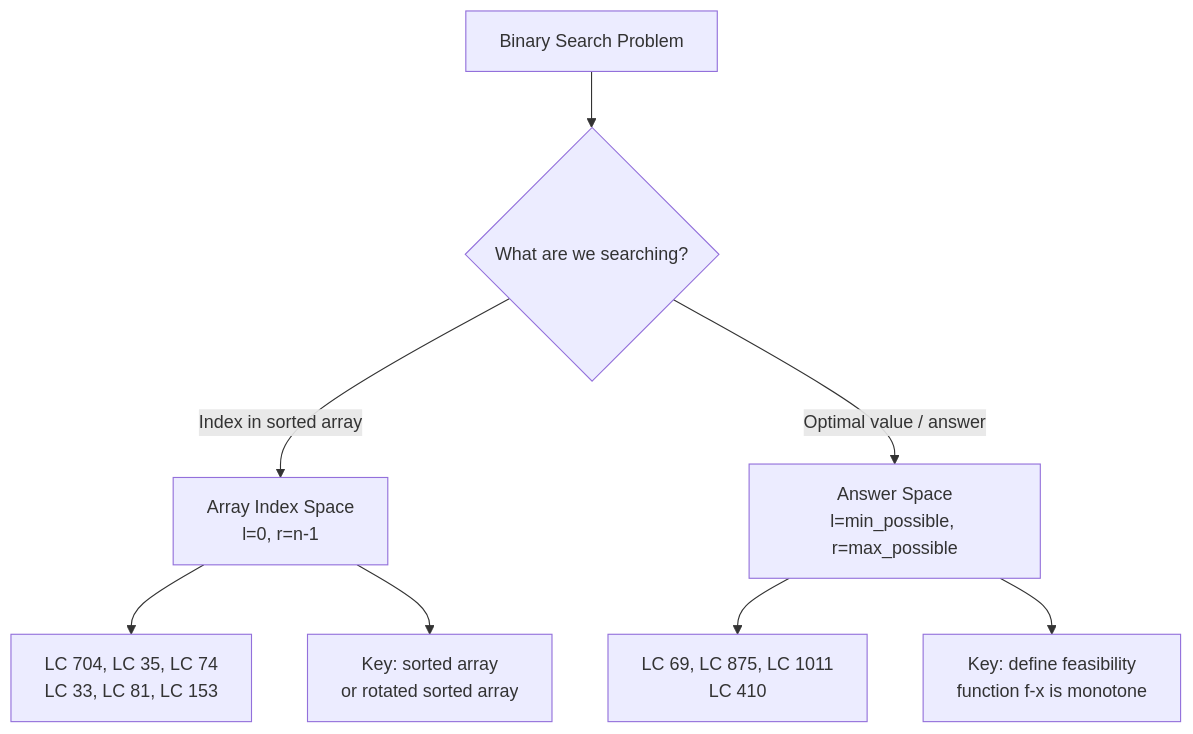
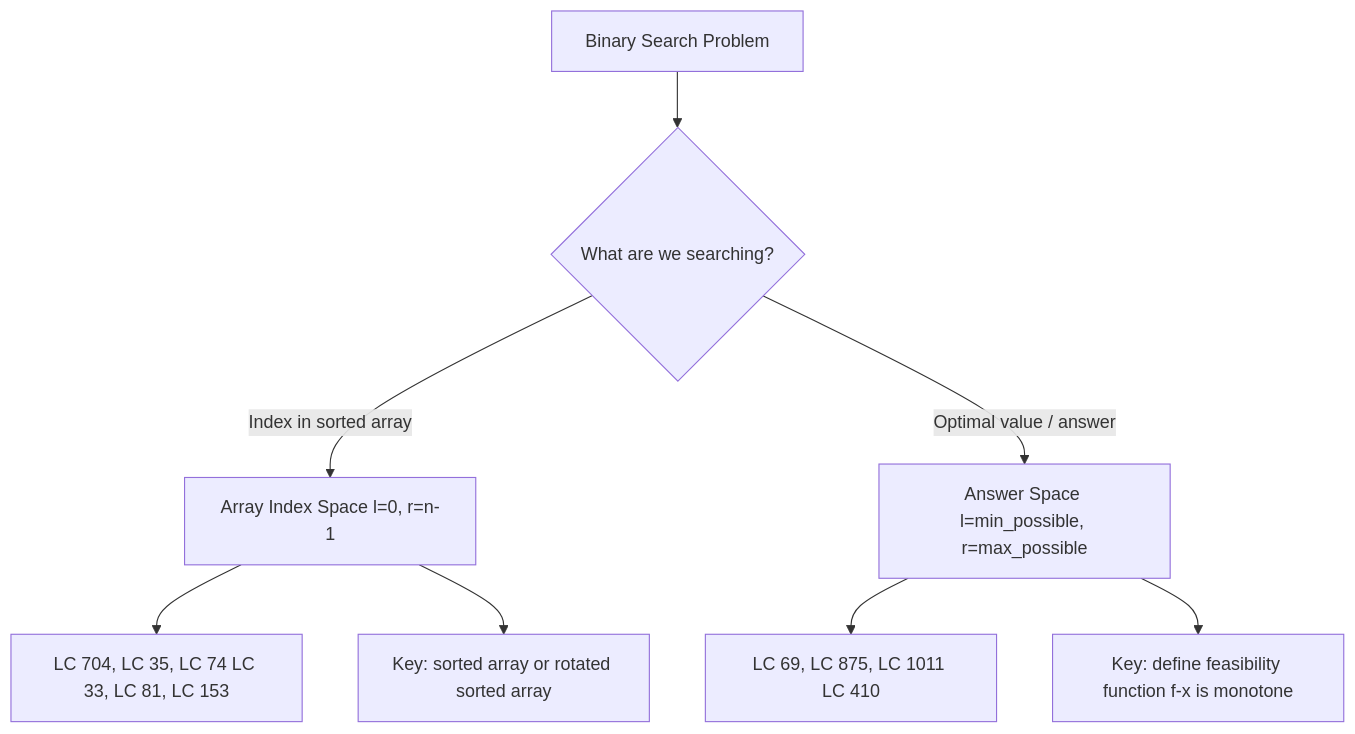
Before and after one commit to deepanshu-rawat6/AlgoAtlas: the third of 6 diagrams in binary_search/README.md, drawn with Mermaid. The commit also changed other lines of this file and 13 other files, not shown here.

````diff
--- a/binary_search/README.md
+++ b/binary_search/README.md
@@ -67,10 +67,10 @@
 ```mermaid
 flowchart TD
     A[Binary Search Problem] --> B{"What are we searching?"}
-    B -->|Index in sorted array| C[Array Index Space<br>l=0, r=n-1]
-    B -->|Optimal value / answer| D[Answer Space<br>l=min_possible, r=max_possible]
-    C --> C1[LC 704, LC 35, LC 74<br>LC 33, LC 81, LC 153]
-    D --> D1[LC 69, LC 875, LC 1011<br>LC 410]
-    D --> D2[Key: define feasibility<br>function f-x is monotone]
-    C --> C2[Key: sorted array<br>or rotated sorted array]
+    B -->|Index in sorted array| C[Array Index Space l=0, r=n-1]
+    B -->|Optimal value / answer| D[Answer Space l=min_possible, r=max_possible]
+    C --> C1[LC 704, LC 35, LC 74 LC 33, LC 81, LC 153]
+    D --> D1[LC 69, LC 875, LC 1011 LC 410]
+    D --> D2[Key: define feasibility function f-x is monotone]
+    C --> C2[Key: sorted array or rotated sorted array]
 ```
````
